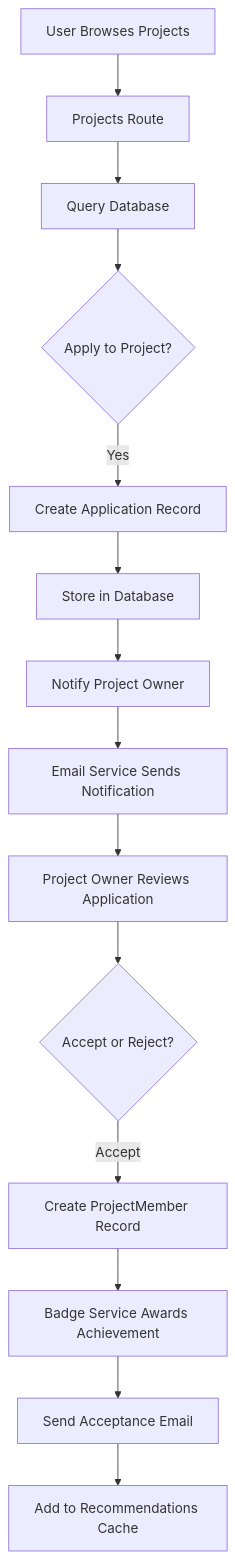
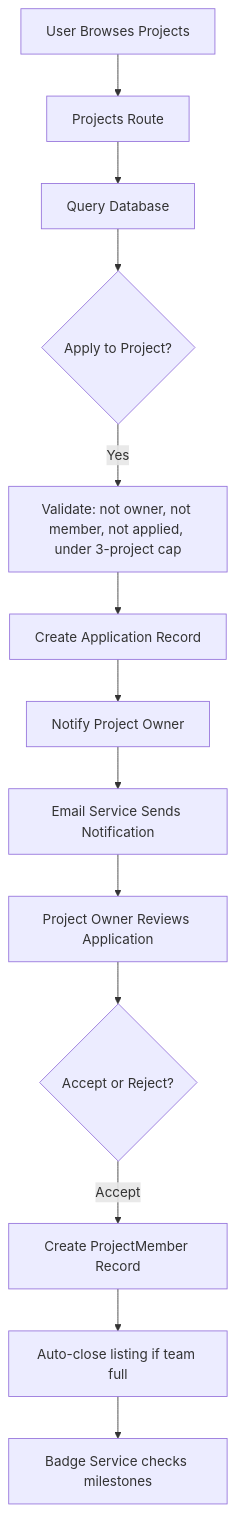
One commit to ssaaffaakk/Project-buddy-Pb changed the second of 2 diagrams in ARCHITECTURE.md. Above: the diagram before and after it, drawn with Mermaid. The commit also changed other lines of this file and 1 other file, not shown here.

First line of the commit message:
docs: update README and ARCHITECTURE to reflect all bug fixes and new dependencies

````diff
--- a/ARCHITECTURE.md
+++ b/ARCHITECTURE.md
@@ -127,16 +173,15 @@
 ```mermaid
 flowchart TD
     A[User Browses Projects] --> B[Projects Route]
     B --> C[Query Database]
     C --> D{Apply to Project?}
-    D -->|Yes| E[Create Application Record]
-    E --> F[Store in Database]
+    D -->|Yes| E[Validate: not owner, not member, not applied, under 3-project cap]
+    E --> F[Create Application Record]
     F --> G[Notify Project Owner]
     G --> H[Email Service Sends Notification]
     H --> I[Project Owner Reviews Application]
     I --> J{Accept or Reject?}
     J -->|Accept| K[Create ProjectMember Record]
-    K --> L[Badge Service Awards Achievement]
-    L --> M[Send Acceptance Email]
-    M --> N[Add to Recommendations Cache]
+    K --> L[Auto-close listing if team full]
+    L --> M[Badge Service checks milestones]
 ```
````
